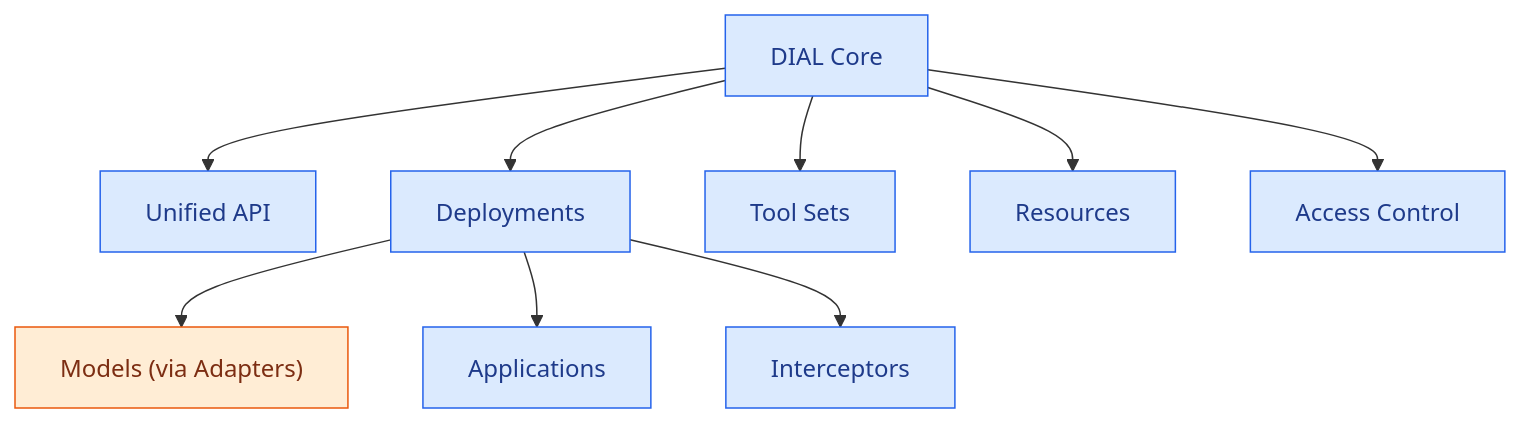
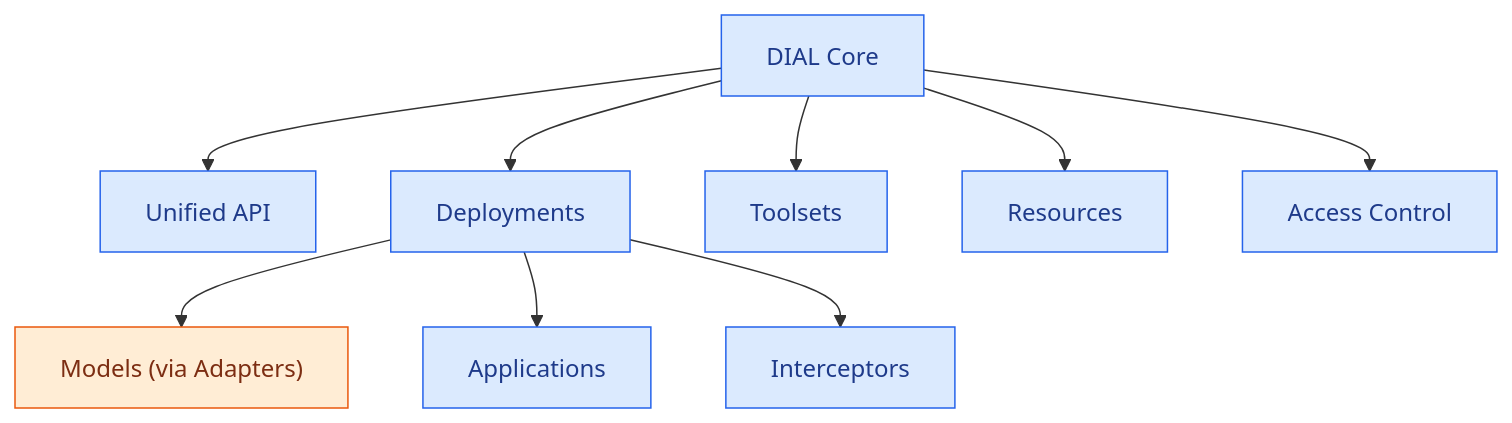
Before and after one commit to epam/ai-dial: the second of 3 diagrams in docs_v2/2.understand-dial/5.foundations/1.core-concepts-and-glossary/1.concept-map.md, drawn with Mermaid. The commit also changed other lines of this file and 64 other files, not shown here.

First line of the commit message:
docs(toolsets): standardize 'Tool Set' -> 'Toolset/Toolsets' + wire routes/redirects [PR #555]

````diff
--- a/docs_v2/2.understand-dial/5.foundations/1.core-concepts-and-glossary/1.concept-map.md
+++ b/docs_v2/2.understand-dial/5.foundations/1.core-concepts-and-glossary/1.concept-map.md
@@ -53,26 +53,26 @@
 ```mermaid
 graph TD
     CORE["DIAL Core"]
     UAPI["Unified API"]
     DEP["Deployments"]
-    TS["Tool Sets"]
+    TS["Toolsets"]
     RES["Resources"]
     ACL["Access Control"]
     MODELS["Models (via Adapters)"]
     APPS["Applications"]
     INT["Interceptors"]
 
     CORE --> UAPI
     CORE --> DEP
     CORE --> TS
     CORE --> RES
     CORE --> ACL
     DEP --> MODELS
     DEP --> APPS
     DEP --> INT
 
     classDef coreStyle fill:#dbeafe,stroke:#2563eb,color:#1e3a8a;
     classDef adapterStyle fill:#ffedd5,stroke:#ea580c,color:#7c2d12;
     class CORE,UAPI,DEP,TS,RES,ACL,APPS,INT coreStyle;
     class MODELS adapterStyle;
 ```
````
